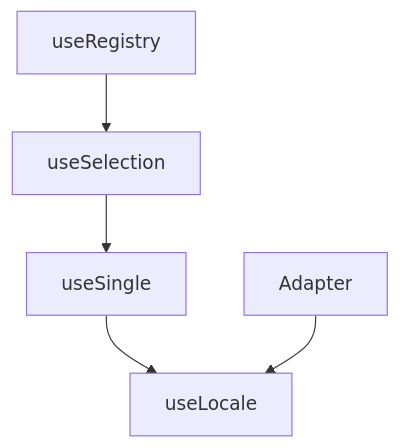
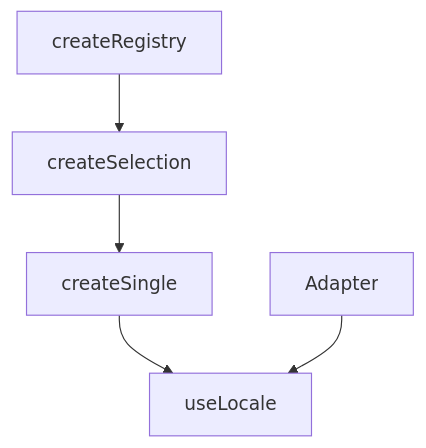
Before and after one commit to vuetifyjs/0: the diagram in apps/docs/src/pages/composables/plugins/use-locale.md, drawn with Mermaid. The commit also changed other lines of this file and 33 other files, not shown here.

````diff
--- a/apps/docs/src/pages/composables/plugins/use-locale.md
+++ b/apps/docs/src/pages/composables/plugins/use-locale.md
@@ -84,7 +84,7 @@
 ```mermaid "Locale Hierarchy"
 flowchart TD
-  useRegistry --> useSelection
-  useSelection --> useSingle
-  useSingle --> useLocale
+  createRegistry --> createSelection
+  createSelection --> createSingle
+  createSingle --> useLocale
   Adapter --> useLocale
 ```
````
